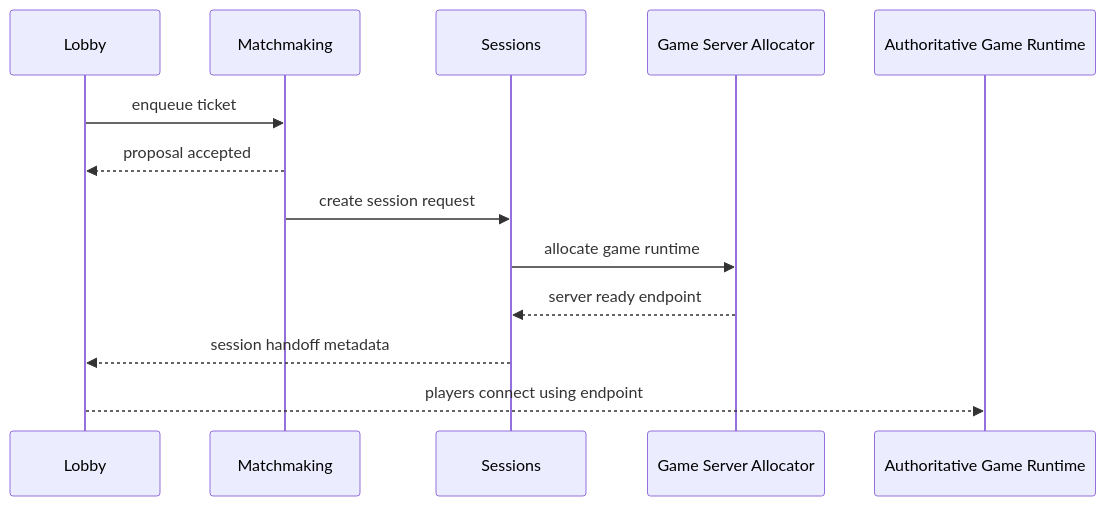
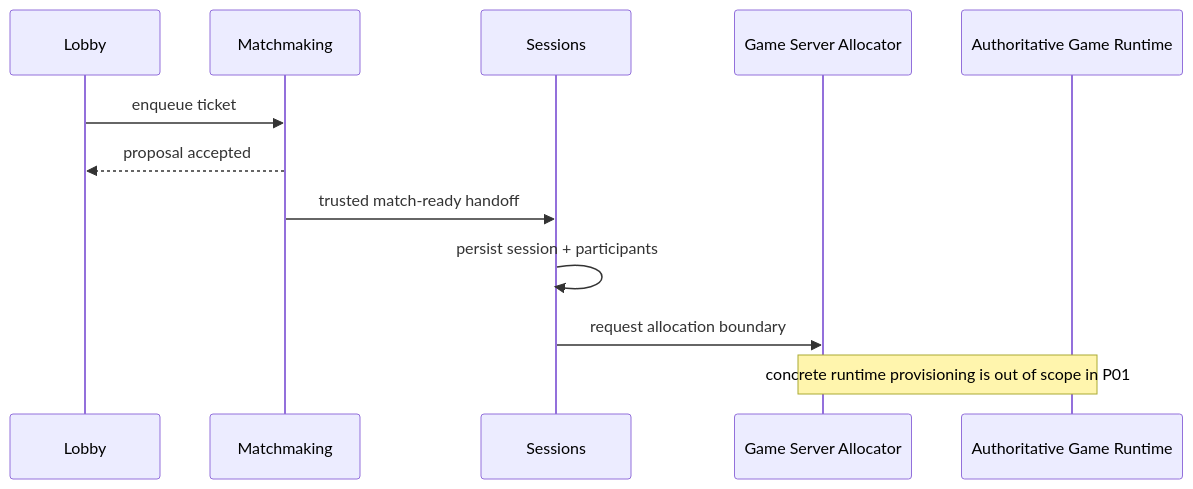
One commit to MHYesodot/game-center changed the second of 3 diagrams in docs/architecture/platform-domain-model.md. Above: the diagram before and after it, drawn with Mermaid. The commit also changed other lines of this file and 48 other files, not shown here.

First line of the commit message:
feat: implement session management for matchmaking

````diff
--- a/docs/architecture/platform-domain-model.md
+++ b/docs/architecture/platform-domain-model.md
@@ -208,16 +211,15 @@
 ```mermaid
 sequenceDiagram
     participant Lobby
     participant Matchmaking
     participant Sessions
     participant Allocator as Game Server Allocator
     participant Runtime as Authoritative Game Runtime
 
     Lobby->>Matchmaking: enqueue ticket
     Matchmaking-->>Lobby: proposal accepted
-    Matchmaking->>Sessions: create session request
-    Sessions->>Allocator: allocate game runtime
-    Allocator-->>Sessions: server ready endpoint
-    Sessions-->>Lobby: session handoff metadata
-    Lobby-->>Runtime: players connect using endpoint
+    Matchmaking->>Sessions: trusted match-ready handoff
+    Sessions->>Sessions: persist session + participants
+    Sessions->>Allocator: request allocation boundary
+    Note over Allocator,Runtime: concrete runtime provisioning is out of scope in P01
 ```
````
